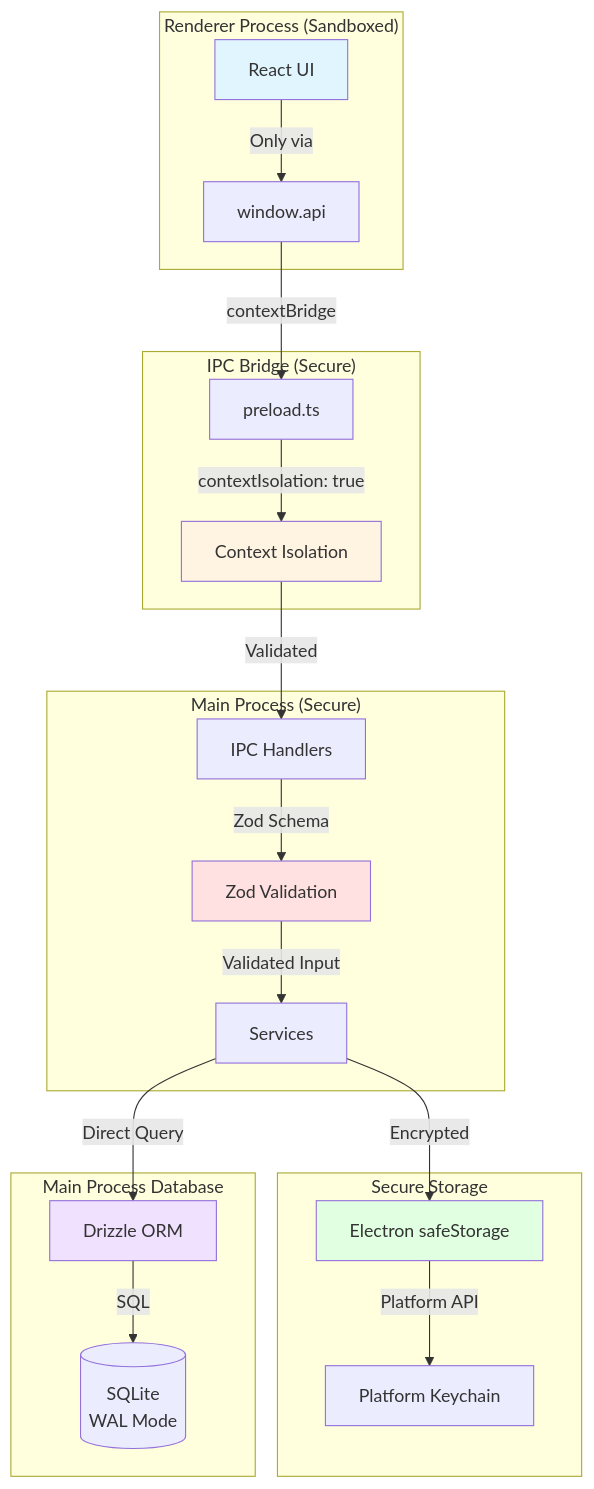
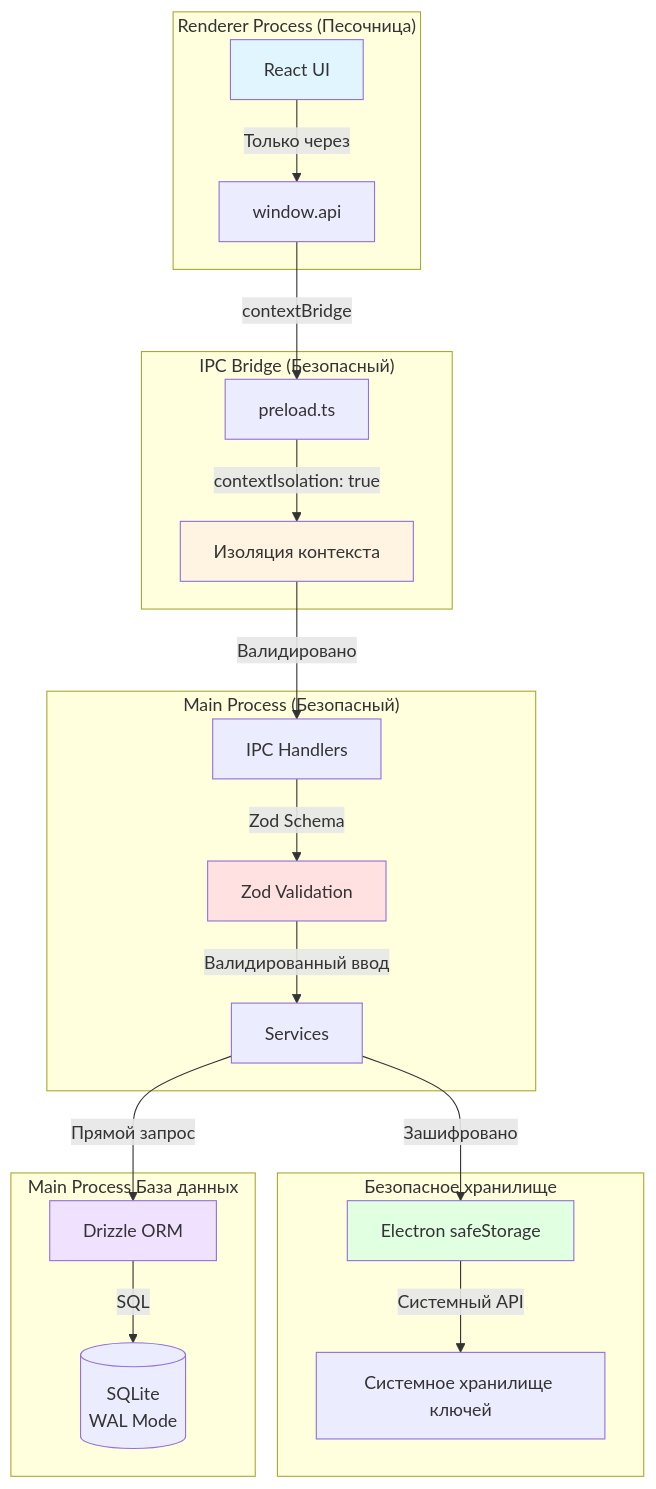
The fifth of 11 diagrams in .docs-i18n/ru/docs/architecture.md (KazeKaze93/RuleDesk), drawn with Mermaid before and after one commit. The commit also changed other lines of this file and 10 other files, not shown here.

````diff
--- a/.docs-i18n/ru/docs/architecture.md
+++ b/.docs-i18n/ru/docs/architecture.md
@@ -659,45 +680,45 @@
 ```mermaid
 graph TB
-    subgraph "Renderer Process (Sandboxed)"
+    subgraph "Renderer Process (Песочница)"
         ReactUI[React UI]
         BridgeAPI[window.api]
     end
 
-    subgraph "IPC Bridge (Secure)"
+    subgraph "IPC Bridge (Безопасный)"
         Preload[preload.ts]
-        ContextIsolation[Context Isolation]
+        ContextIsolation[Изоляция контекста]
     end
 
-    subgraph "Main Process (Secure)"
+    subgraph "Main Process (Безопасный)"
         IPCHandlers[IPC Handlers]
         ZodValidation[Zod Validation]
         Services[Services]
     end
 
-    subgraph "Secure Storage"
+    subgraph "Безопасное хранилище"
         SafeStorage[Electron safeStorage]
-        Keychain[Platform Keychain]
+        Keychain[Системное хранилище ключей]
     end
 
-    subgraph "Main Process Database"
+    subgraph "Main Process База данных"
         DrizzleORM[Drizzle ORM]
         SQLite[(SQLite<br/>WAL Mode)]
     end
 
-    ReactUI -->|Only via| BridgeAPI
+    ReactUI -->|Только через| BridgeAPI
     BridgeAPI -->|contextBridge| Preload
     Preload -->|contextIsolation: true| ContextIsolation
-    ContextIsolation -->|Validated| IPCHandlers
+    ContextIsolation -->|Валидировано| IPCHandlers
     IPCHandlers -->|Zod Schema| ZodValidation
-    ZodValidation -->|Validated Input| Services
-    Services -->|Encrypted| SafeStorage
-    SafeStorage -->|Platform API| Keychain
-    Services -->|Direct Query| DrizzleORM
+    ZodValidation -->|Валидированный ввод| Services
+    Services -->|Зашифровано| SafeStorage
+    SafeStorage -->|Системный API| Keychain
+    Services -->|Прямой запрос| DrizzleORM
     DrizzleORM -->|SQL| SQLite
 
     style ReactUI fill:#e1f5ff
     style ContextIsolation fill:#fff4e1
     style ZodValidation fill:#ffe1e1
     style SafeStorage fill:#e1ffe1
     style DrizzleORM fill:#f0e1ff
 ```
````
